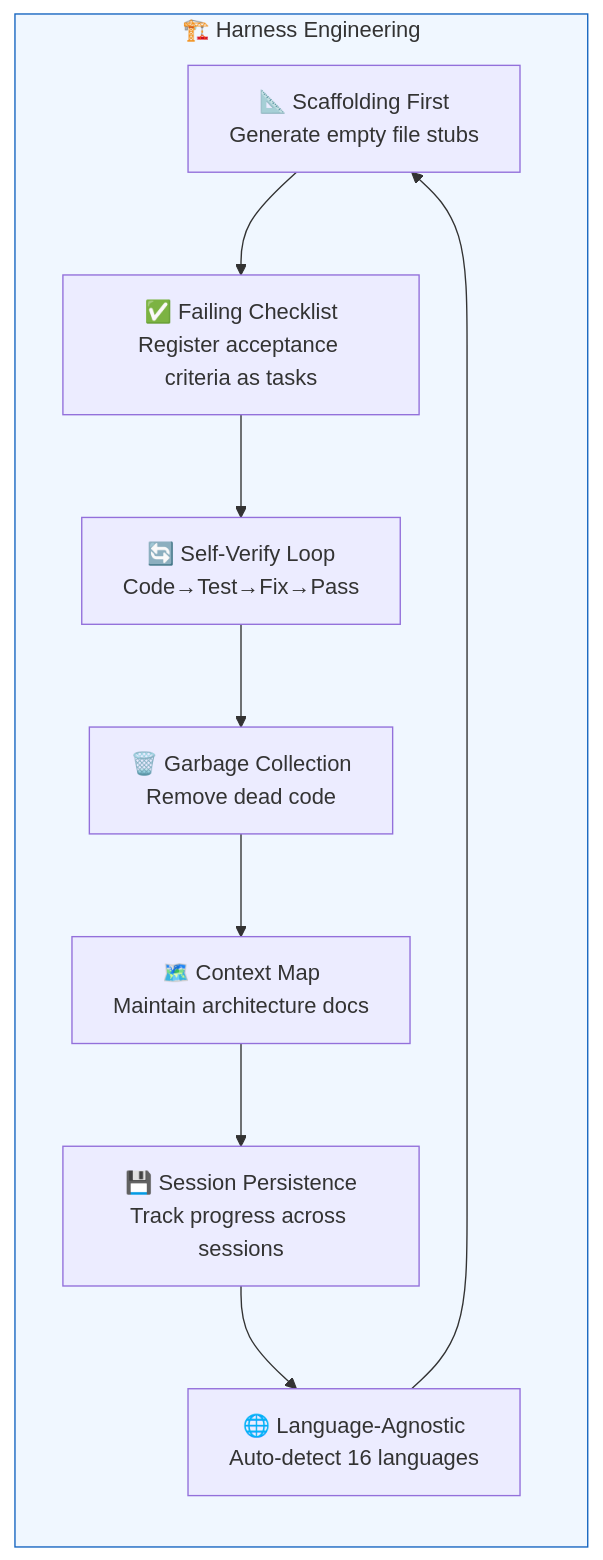
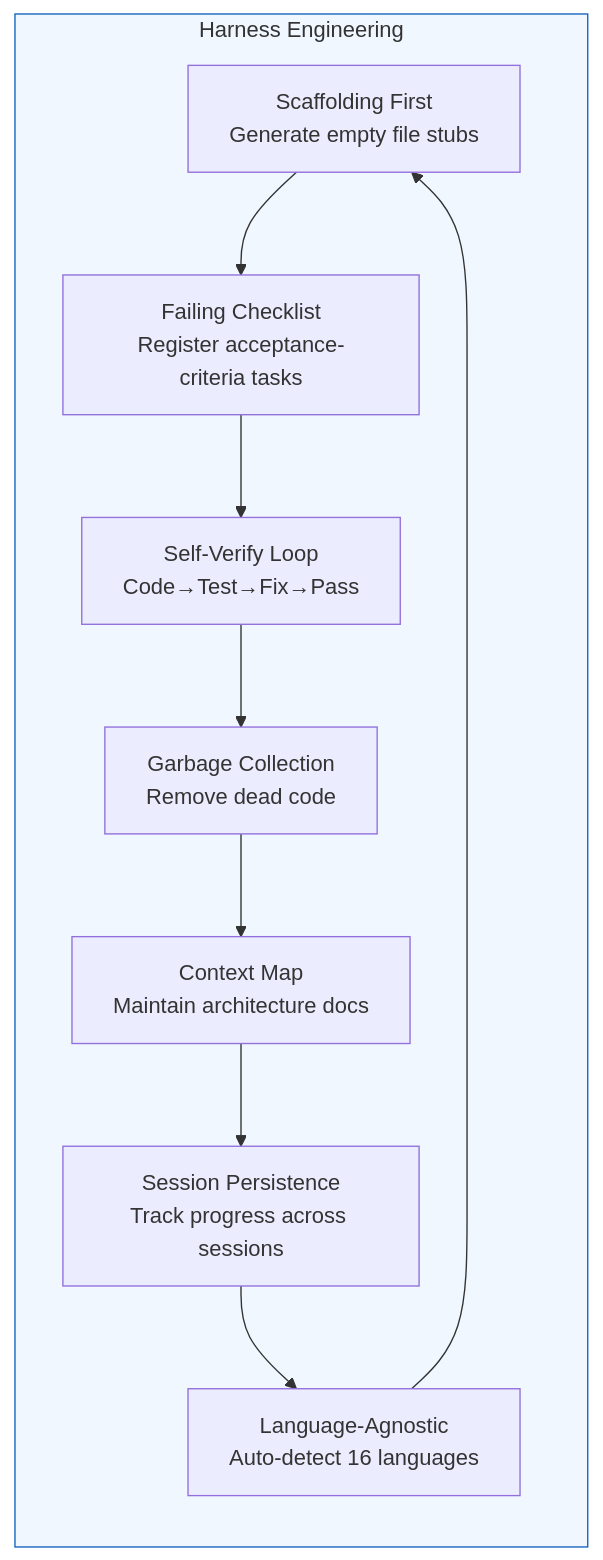
One commit to modu-ai/moai-adk changed the first of 2 diagrams in docs-site/content/en/core-concepts/harness-engineering.md. Above: the diagram before and after it, drawn with Mermaid. The commit also changed other lines of this file and 395 other files, not shown here.

````diff
--- a/docs-site/content/en/core-concepts/harness-engineering.md
+++ b/docs-site/content/en/core-concepts/harness-engineering.md
@@ -20,15 +33,15 @@
 ```mermaid
 graph TB
-    subgraph Harness["🏗️ Harness Engineering"]
+    subgraph Harness["Harness Engineering"]
         direction TB
-        SF["📐 Scaffolding First<br/>Generate empty file stubs"] --> FC["✅ Failing Checklist<br/>Register acceptance criteria as tasks"]
-        FC --> SV["🔄 Self-Verify Loop<br/>Code→Test→Fix→Pass"]
-        SV --> GC["🗑️ Garbage Collection<br/>Remove dead code"]
-        GC --> CM["🗺️ Context Map<br/>Maintain architecture docs"]
-        CM --> SP["💾 Session Persistence<br/>Track progress across sessions"]
-        SP --> LA["🌐 Language-Agnostic<br/>Auto-detect 16 languages"]
+        SF["Scaffolding First<br/>Generate empty file stubs"] --> FC["Failing Checklist<br/>Register acceptance-criteria tasks"]
+        FC --> SV["Self-Verify Loop<br/>Code→Test→Fix→Pass"]
+        SV --> GC["Garbage Collection<br/>Remove dead code"]
+        GC --> CM["Context Map<br/>Maintain architecture docs"]
+        CM --> SP["Session Persistence<br/>Track progress across sessions"]
+        SP --> LA["Language-Agnostic<br/>Auto-detect 16 languages"]
         LA --> SF
     end
 
     style Harness fill:#f0f7ff,stroke:#1565C0
 ```
````
